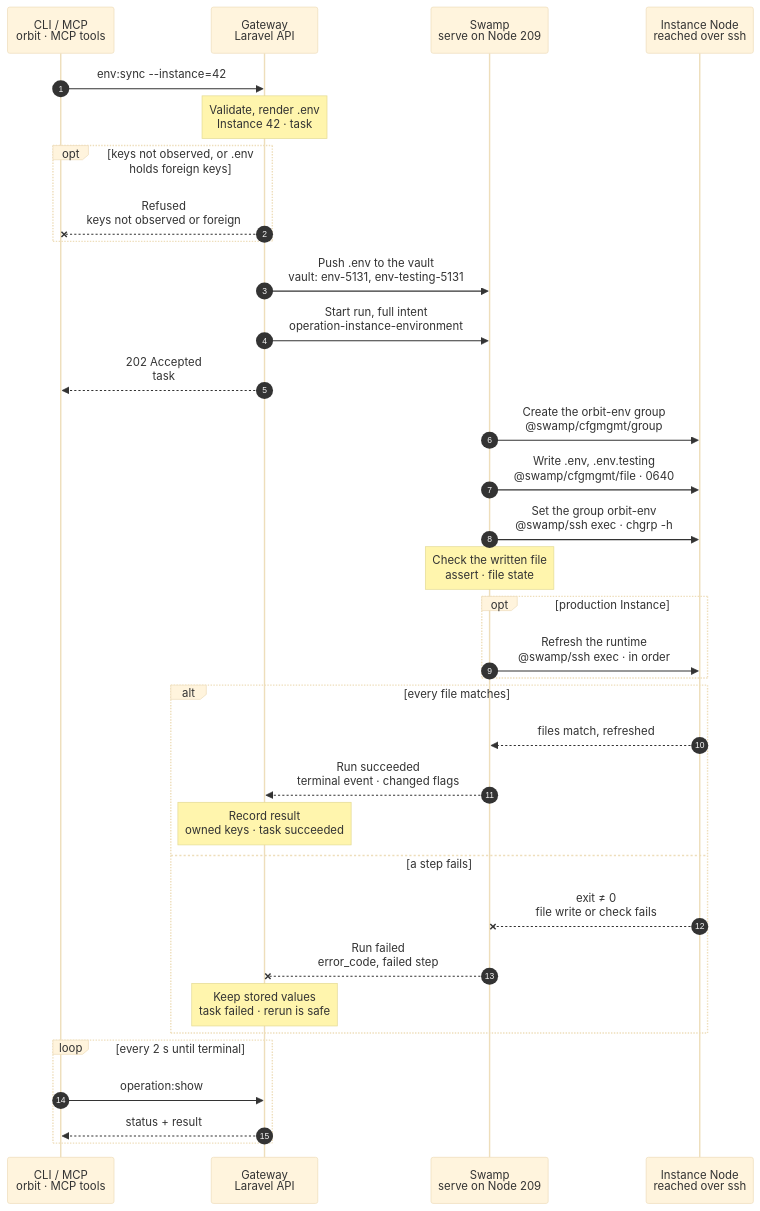
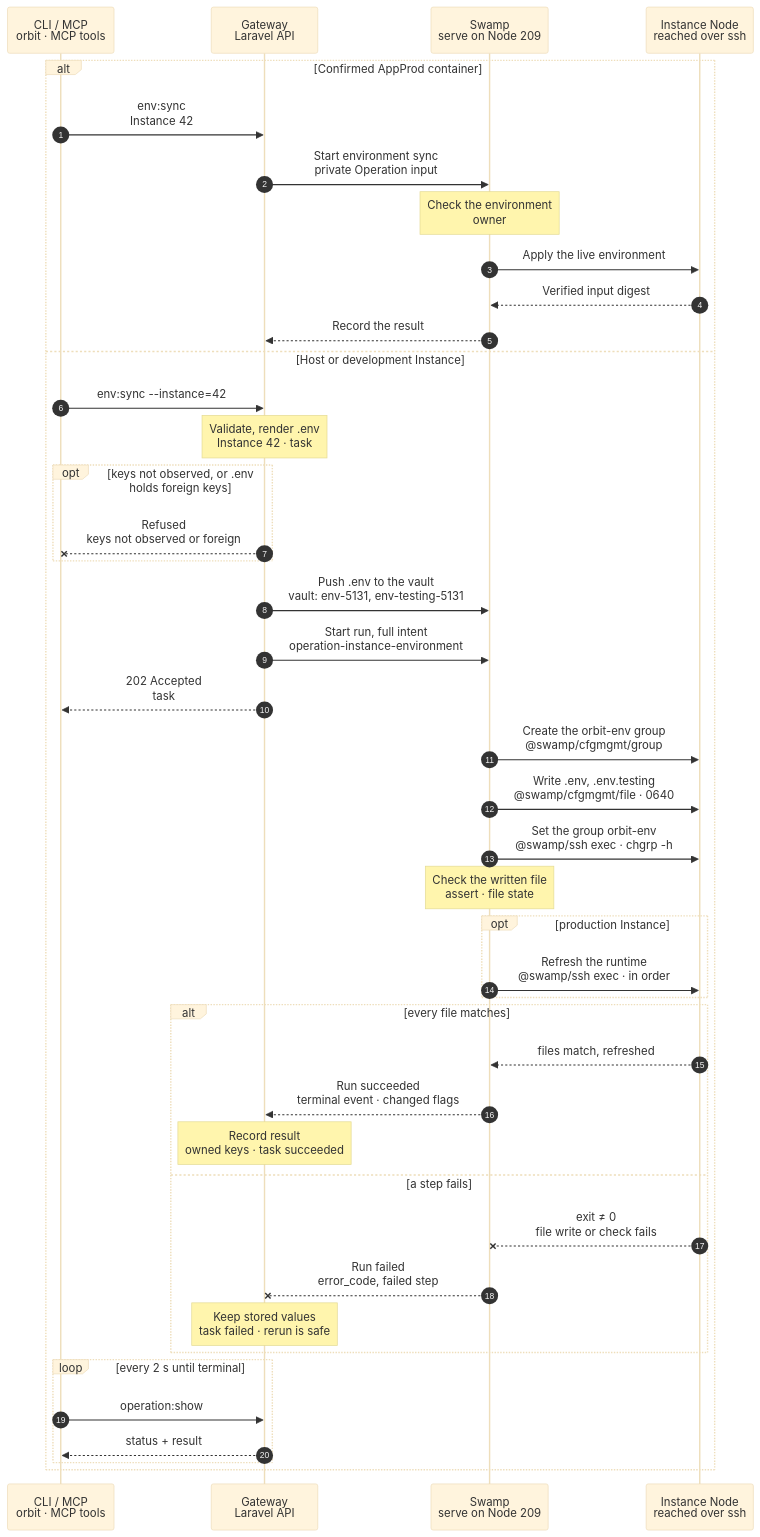
One commit to hardimpactdev/orbit changed the diagram in docs/cli/env/sync.mmd. Above: the diagram before and after it, drawn with Mermaid (base theme). The commit also changed 9 other files, not shown here.

Commit message:
Align production charts with shared, retained and legacy workflows

```diff
--- a/docs/cli/env/sync.mmd
+++ b/docs/cli/env/sync.mmd
@@ -1,158 +1,167 @@
 sequenceDiagram
   %% Target design: ADR 0244 task, R1-R4, decision swamp-vault-secrets (vault.get), orbit-gateway-renders-create-env (Gateway owns .env, no read-back), DECISIONS instance.sync_environment (vault after commit, @swamp/ssh from 209, no private-material fetch, no per-Node worker). docs/reference/environment-variables.md.
   %% Tightened: flow-tighten 2026-11-02, rules 14, 22 (cfgmgmt file for both files, its check as the end check; no script read, foreign-key check, report or assert step).
   %% Decided: Nick 2026-11-02, foreign-key protection at admission from the key names the Node agent reports; .env.testing only for an owned MySQL/PostgreSQL database, in the same file step.
   %% status: migrated
   %% Decided: Nick 2026-11-03, option 1: Orbit writes a managed .env as 0640 with group orbit-env, the agent's unit holds that group and reports key names only; a .env the agent can't read is not observed.
   %% command: env:sync
   %% kind: instance.sync_environment
   autonumber
   %% lane CLI icon=terminal pill=caller tone=gray
   %% lane GW icon=gateway pill=intent tone=blue
   %% lane SW icon=workflow pill=executes tone=green
   %% lane N icon=server pill=target tone=amber
   participant CLI as CLI / MCP<br/>orbit · MCP tools
   participant GW as Gateway<br/>Laravel API
   participant SW as Swamp<br/>serve on Node 209
   participant N as Instance Node<br/>reached over ssh
+  alt Confirmed AppProd container
+    CLI->>GW: env:sync<br/>Instance 42
+    GW->>SW: Start environment sync<br/>private Operation input
+    Note over SW: Check the environment<br/>owner
+    SW->>N: Apply the live environment
+    N-->>SW: Verified input digest
+    SW-->>GW: Record the result
+  else Host or development Instance
   CLI->>GW: env:sync --instance=42
   %%> Command:
   %%> - `orbit env:sync --instance=42`
   %%> - syntax: `env:sync --instance=SELECTOR [--force] [--json]`
   %%> Input:
   %%> - the Instance: a numeric Instance ID or the exact domain of its Route
   %%> - `--force` overwrites keys that only the Node's `.env` holds
   %%> Who can call it:
   %%> - the `orbit` CLI and the MCP tool send the same request
   Note over GW: Validate, render .env<br/>Instance 42 · task #5131
   %%> Requirements:
   %%> - your Node has an access grant to Node 12, the Node of Instance 42
   %%> - Instance 42 is active, on a Node with exactly one active `app-dev` or `app-prod` role
   %%> - Instance 42 has stored configuration (`env.configuration_missing` otherwise)
   %%> - a stored `{{instance.domain}}` needs a settled Route (`env.reference_unavailable` otherwise)
   %%> - no other task holds Instance 42; the Gateway holds one lock per Instance and waits briefly for a busy one
   %%> Checks foreign keys:
   %%> - compares the `.env` key names the Node agent reported with the stored and owned keys; no values are read
   %%> - Orbit writes a managed `.env` as 0640 with group `orbit-env`, which the agent's unit holds
   %%> - a `.env` the agent can't read, such as a hand-made 0600 file or a link, or a silent agent, leaves the names not observed
   %%> - when the agent reports that Git tracks `.env.testing`, the plan writes none
   %%> Renders .env:
   %%> - every stored key in sorted order, as a quoted value
   %%> - `{{instance.domain}}` from the Route, `{{instance.environment}}` from the Node role
   %%> Renders .env.testing:
   %%> - only when Instance 42 owns a database on a MySQL or PostgreSQL server
   %%> - the same `.env` with `APP_ENV=testing` and the test database credentials
   %%> - SQLite: none; `phpunit.xml` (`:memory:`) decides
   %%> Result:
   %%> - task #5131 recorded with the full intent and the sha256 of each rendered file
   %%> - nothing has happened on the Node yet
   opt keys not observed, or .env holds foreign keys
     GW--xCLI: Refused<br/>keys not observed or foreign
     %%> When:
     %%> - `env.keys_not_observed`: the Node agent has not reported the `.env` key names, and `--force` is not set
     %%> - `env.sync_would_drop_keys`: the Node's `.env` holds keys that Orbit neither stores nor wrote, and `--force` is not set
     %%> Result:
     %%> - the refusal names the keys; no task and no run start
     %%> Next:
     %%> - foreign keys: `env:import` adopts them first, or `env:sync --force` replaces the file
     %%> - not observed, as for a `.env` written 0600 before this mode: `env:import`, then `env:sync --force`, which drops nothing and writes the file 0640
   end
   GW->>SW: Push .env to the vault<br/>vault: env-5131, env-testing-5131
   %%> Why:
   %%> - `.env` holds secrets, which travel only through the vault (R3)
   %%> What it does:
   %%> - after the task commits, pushes the rendered files into Swamp's vault on Node 209
   %%> Result:
   %%> - the run reads them with `vault.get`; no step calls the Gateway back
   GW->>SW: Start run, full intent<br/>operation-instance-environment
   %%> What it does:
   %%> - starts one Swamp run on serve (Node 209)
   %%> Inputs:
   %%> - Node 12's address and SSH host keys; the SSH identity comes from the `swamp` role
   %%> - the account, the application directory, the file paths and the expected sha256 of each file
   %%> - the key names Orbit wrote last time, which it may remove
   %%> - production only: the release path and the Processes with `restart_on_deploy`
   %%> - secrets only as vault key names
   GW-->>CLI: 202 Accepted<br/>task #5131
   %%> What you get:
   %%> - the task number, at once
   %%> Next:
   %%> - the CLI follows the task with `operation:show`
   SW->>N: Create the orbit-env group<br/>@swamp/cfgmgmt/group
   %%> What it does:
   %%> - creates the system group when the Node lacks it; the Node agent's unit holds it
   SW->>N: Write .env, .env.testing<br/>@swamp/cfgmgmt/file · 0640
   %%> How:
   %%> - Swamp reaches Node 12 over SSH from 209 with `@swamp/ssh` and the official `@swamp/cfgmgmt/file` behavior; nothing is copied to the Node
   %%> What it does:
   %%> - writes the rendered `.env` from `vault.get env-5131`, mode `0640`
   %%> - with an owned MySQL or PostgreSQL database, writes `.env.testing` in the same step, replacing its content; no merge
   %%> - a Git-tracked `.env.testing` stays untouched: admission planned none
   %%> - leaves a file that already matches in place
   %%> Runs as:
   %%> - the Instance account, in its own directory, so no root write follows a link the account placed
   %%> Not included:
   %%> - renders nothing; the Gateway already rendered the files
   SW->>N: Set the group orbit-env<br/>@swamp/ssh exec · chgrp -h
   %%> What it does:
   %%> - root runs `chgrp -h orbit-env` on the written files; `-h` never follows a link
   %%> - the Node agent's unit holds `orbit-env`, so it may read the `.env` key names; it never reads `.env.testing`
   Note over SW: Check the written file<br/>assert · file state
   %%> What it does:
   %%> - compares the sha256 the file behavior recorded for each file with the rendered one
   %%> Why:
   %%> - the sync only counts when the Node holds exactly what the Gateway rendered
   %%> - a rerun writes and checks again
   opt production Instance
     SW->>N: Refresh the runtime<br/>@swamp/ssh exec · in order
     %%> When:
     %%> - on every production sync, also when `.env` did not change
     %%> What it does:
     %%> - runs `php artisan config:cache` as the Instance account in the release, as one `@swamp/ssh exec`, when the release has a config cache; an uncached release stays uncached
     %%> - reloads the PHP-FPM pool to reset OPcache
     %%> - restarts the running Processes that have `restart_on_deploy`
     %%> - each action is one `@swamp/ssh exec` command, one at a time
     %%> Not included:
     %%> - development Instances: they only get the file
   end
   alt every file matches
     N-->>SW: files match, refreshed
     %%> Returns:
     %%> - whether each file changed, and the runtime refresh status
     %%> Not returned:
     %%> - no values and no file content
     SW-->>GW: Run succeeded<br/>terminal event · changed flags
     %%> How the Gateway learns it:
     %%> - its shared run reader sees the terminal event and reads the run's outputs; Swamp never calls the Gateway
     Note over GW: Record result<br/>owned keys · task succeeded
     %%> Result:
     %%> - the synced key names become the keys Orbit owns on Instance 42
     %%> - task #5131 succeeds with `changed`, the testing status and the refresh status
   else a step fails
     N--xSW: exit ≠ 0<br/>file write or check fails
     %%> When:
     %%> - SSH fails, a write fails, or a file does not match after the write
     %%> How:
     %%> - the failing step ends the run with its own exit code; there is no report step
     %%> - production: the config cache or the Process restart fails
     SW--xGW: Run failed<br/>error_code, failed step
     %%> The Gateway reads:
     %%> - which step failed and its error code
     Note over GW: Keep stored values<br/>task failed · rerun is safe
     %%> Result:
     %%> - stored values and the owned-key list stay as they were
     %%> - task #5131 fails
     %%> On the Node:
     %%> - a refused file stays unchanged; a failed cache build keeps the old cache
     %%> - a file already written stays; there is no rollback
     %%> Retry:
     %%> - fix the cause, then run `env:sync` again; it is a new task
   end
   loop every 2 s until terminal
     CLI->>GW: operation:show #5131
     %%> What it does:
     %%> - asks for the task's status every 2 seconds until it has ended
     GW-->>CLI: status + result
     %%> Returns:
     %%> - the current status, and the result once the task has ended
   end
+  end
```
